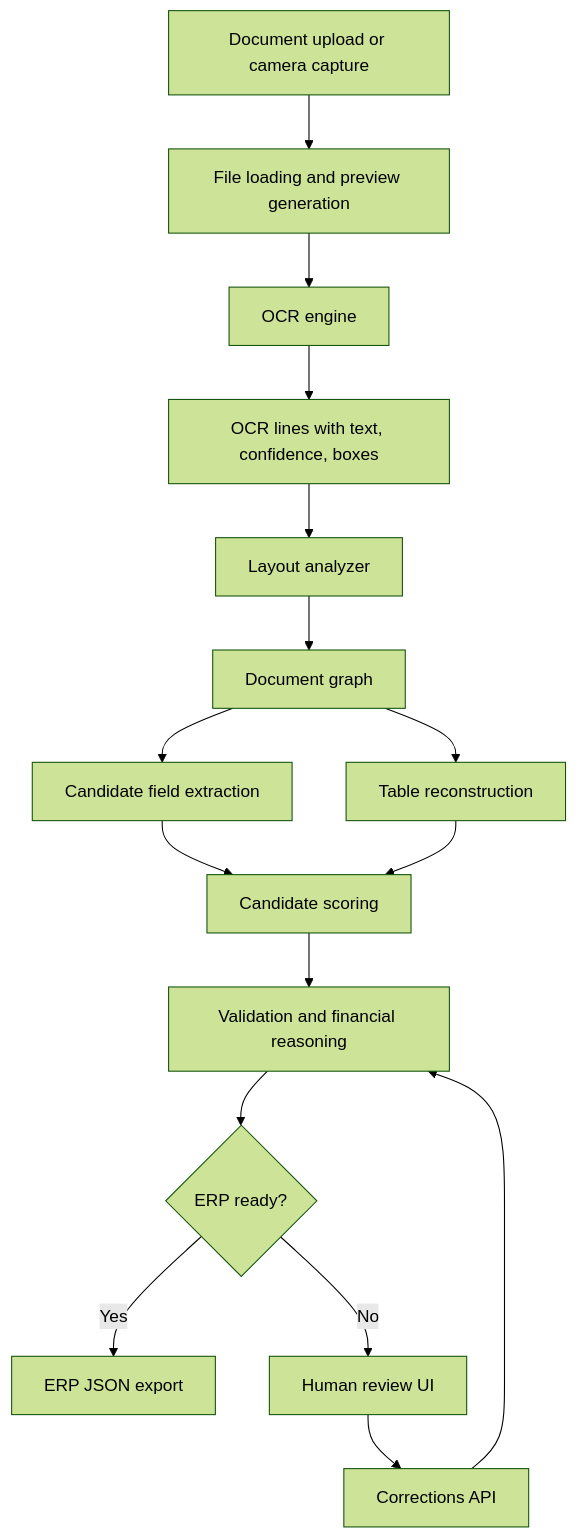
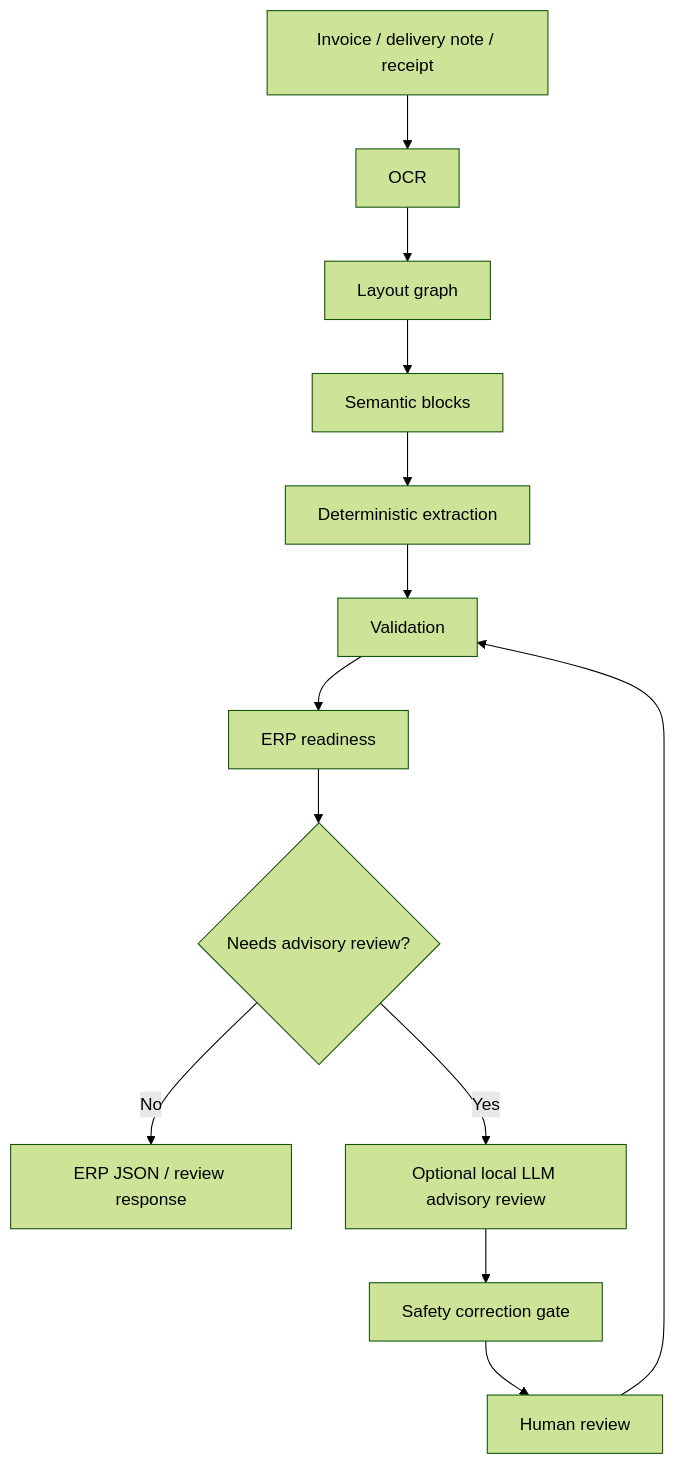
The diagram in README.md (aymendhieb02/Smart-OCR-to-ERP-Platform), drawn with Mermaid (forest theme) before and after one commit. The commit also changed other lines of this file and 26 other files, not shown here.

Commit message:
release: freeze hybrid advisory invoice extraction v1.1

````diff
--- a/README.md
+++ b/README.md
@@ -166,18 +26,15 @@
 ```mermaid
 flowchart TD
-    A["Document upload or camera capture"] --> B["File loading and preview generation"]
-    B --> C["OCR engine"]
-    C --> D["OCR lines with text, confidence, boxes"]
-    D --> E["Layout analyzer"]
-    E --> F["Document graph"]
-    F --> G["Candidate field extraction"]
-    F --> H["Table reconstruction"]
-    G --> I["Candidate scoring"]
-    H --> I
-    I --> J["Validation and financial reasoning"]
-    J --> K{"ERP ready?"}
-    K -->|Yes| L["ERP JSON export"]
-    K -->|No| M["Human review UI"]
-    M --> N["Corrections API"]
-    N --> J
+    A["Invoice / delivery note / receipt"] --> B["OCR"]
+    B --> C["Layout graph"]
+    C --> D["Semantic blocks"]
+    D --> E["Deterministic extraction"]
+    E --> F["Validation"]
+    F --> G["ERP readiness"]
+    G --> H{"Needs advisory review?"}
+    H -->|No| I["ERP JSON / review response"]
+    H -->|Yes| J["Optional local LLM advisory review"]
+    J --> K["Safety correction gate"]
+    K --> L["Human review"]
+    L --> F
 ```
````
